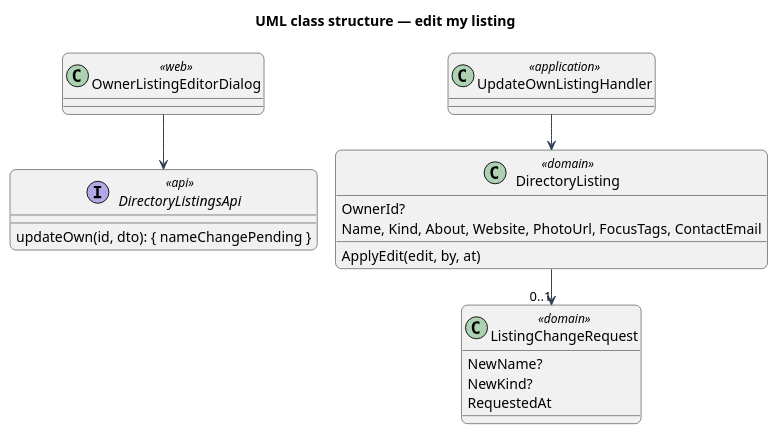
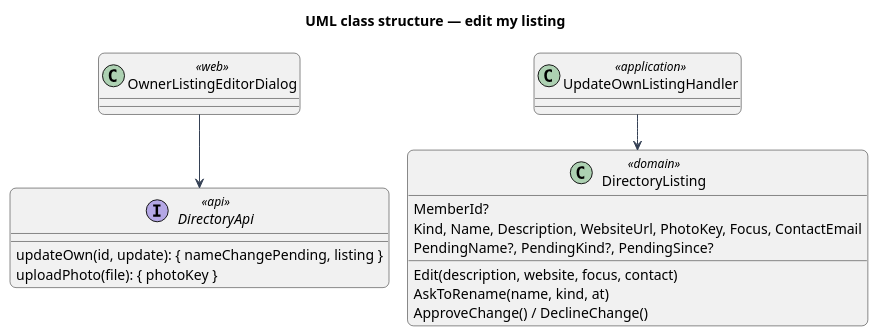
Before and after one commit to QuinntyneBrown/christian-fitness: the diagram in docs/detailed-designs/directory/edit-listing/diagrams/class.puml, drawn with PlantUML. The commit also changed 39 other files, not shown here.

First line of the commit message:
Journey 20: ADR 0093, L2-079's 120-character name, the design, and the mocks' focus field, staff fields and waiting name

```diff
--- a/docs/detailed-designs/directory/edit-listing/diagrams/class.puml
+++ b/docs/detailed-designs/directory/edit-listing/diagrams/class.puml
@@ -1,27 +1,25 @@
 @startuml
 title UML class structure — edit my listing
 !pragma layout smetana
 skinparam backgroundColor #FFFFFF
 skinparam shadowing false
 skinparam roundcorner 12
 skinparam defaultFontName Arial
 skinparam ArrowColor #344054
 class OwnerListingEditorDialog <<web>>
-interface DirectoryListingsApi <<api>> {
-  updateOwn(id, dto): { nameChangePending }
+interface DirectoryApi <<api>> {
+  updateOwn(id, update): { nameChangePending, listing }
+  uploadPhoto(file): { photoKey }
 }
 class UpdateOwnListingHandler <<application>>
 class DirectoryListing <<domain>> {
-  OwnerId?
-  Name, Kind, About, Website, PhotoUrl, FocusTags, ContactEmail
-  ApplyEdit(edit, by, at)
+  MemberId?
+  Kind, Name, Description, WebsiteUrl, PhotoKey, Focus, ContactEmail
+  PendingName?, PendingKind?, PendingSince?
+  Edit(description, website, focus, contact)
+  AskToRename(name, kind, at)
+  ApproveChange() / DeclineChange()
 }
-class ListingChangeRequest <<domain>> {
-  NewName?
-  NewKind?
-  RequestedAt
-}
-OwnerListingEditorDialog --> DirectoryListingsApi
+OwnerListingEditorDialog --> DirectoryApi
 UpdateOwnListingHandler --> DirectoryListing
-DirectoryListing --> "0..1" ListingChangeRequest
 @enduml
```
